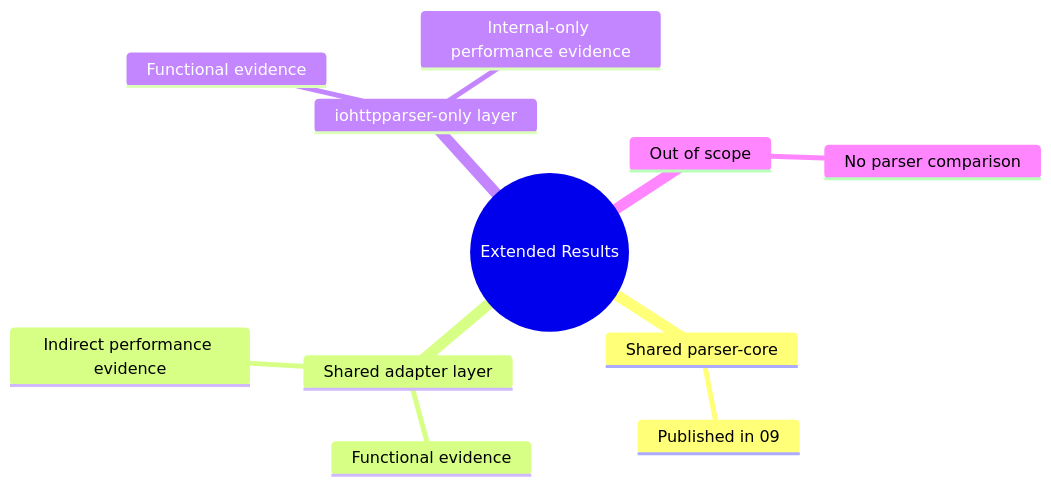
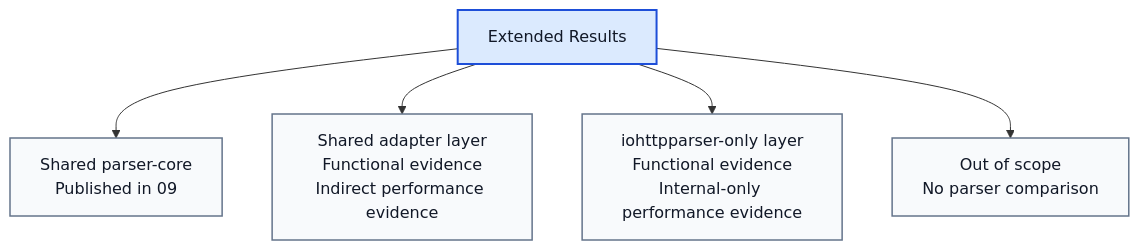
One commit to ioplane/iohttpparser changed the diagram in docs/en/11-extended-contract-results.md. Above: the diagram before and after it, drawn with Mermaid. The commit also changed other lines of this file and 1 other file, not shown here.

Commit message:
docs: fix extended results diagram theme contrast

````diff
--- a/docs/en/11-extended-contract-results.md
+++ b/docs/en/11-extended-contract-results.md
@@ -43,14 +43,19 @@
 ```mermaid
-mindmap
-  root((Extended Results))
-    Shared parser-core
-      Published in 09
-    Shared adapter layer
-      Functional evidence
-      Indirect performance evidence
-    iohttpparser-only layer
-      Functional evidence
-      Internal-only performance evidence
-    Out of scope
-      No parser comparison
+flowchart TD
+  A["Extended Results"]
+  B["Shared parser-core<br/>Published in 09"]
+  C["Shared adapter layer<br/>Functional evidence<br/>Indirect performance evidence"]
+  D["iohttpparser-only layer<br/>Functional evidence<br/>Internal-only performance evidence"]
+  E["Out of scope<br/>No parser comparison"]
+
+  A --> B
+  A --> C
+  A --> D
+  A --> E
+
+  classDef root fill:#dbeafe,stroke:#1d4ed8,color:#111827,stroke-width:2px;
+  classDef node fill:#f8fafc,stroke:#64748b,color:#111827,stroke-width:1.5px;
+
+  class A root;
+  class B,C,D,E node;
 ```
````
